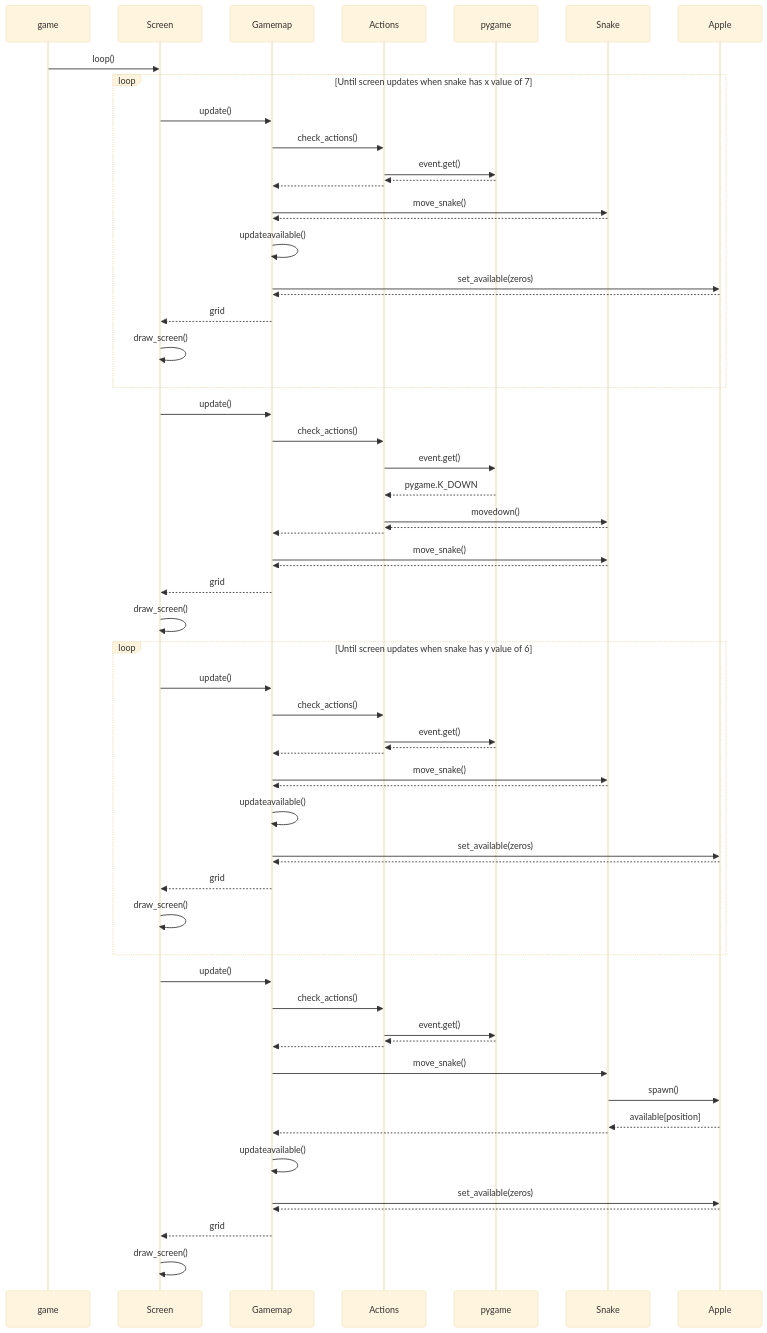
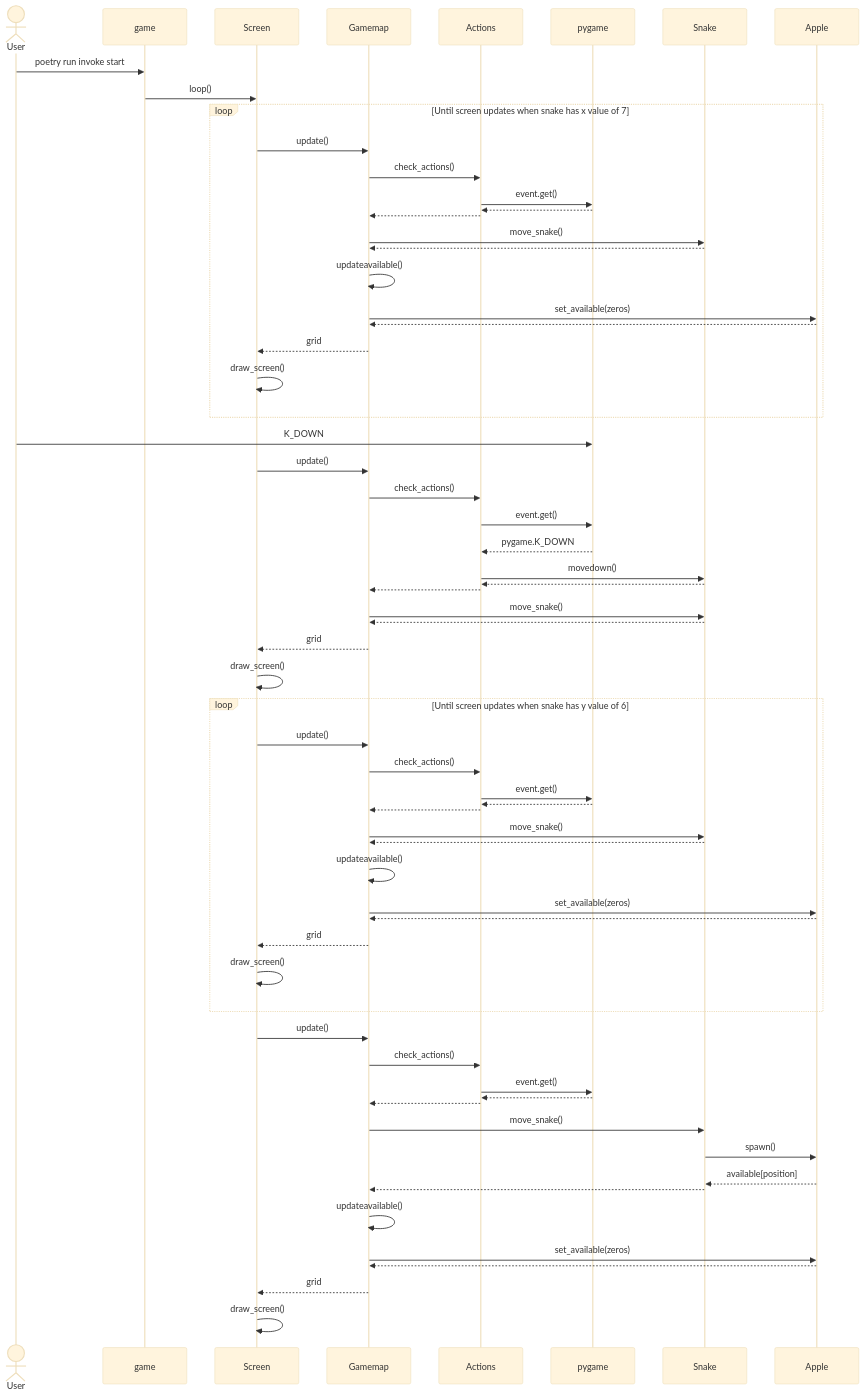
The second of 2 diagrams in dokumentaatio/arkkitehtuuri.md (ThomasGrundstrom/ot-harjoitustyo), drawn with Mermaid (base theme) before and after one commit.

Commit message:
sequence diagram added to arkkitehtuuri.md

````diff
--- a/dokumentaatio/arkkitehtuuri.md
+++ b/dokumentaatio/arkkitehtuuri.md
@@ -55,65 +55,68 @@
 ```mermaid
  sequenceDiagram
+	actor User
 	participant game
 	participant Screen
 	participant Gamemap
 	participant Actions
 	participant pygame
 	participant Snake
 	participant Apple
+	User->>game: poetry run invoke start
 	game->>Screen: loop()
 	loop Until screen updates when snake has x value of 7
 	Screen->>Gamemap: update()
 	Gamemap->>Actions: check_actions()
 	Actions->>pygame: event.get()
 	pygame-->>Actions: 
 	Actions-->>Gamemap: 
 	Gamemap->>Snake: move_snake()
 	Snake-->>Gamemap: 
 	Gamemap->>Gamemap: updateavailable()
 	Gamemap->>Apple: set_available(zeros)
 	Apple-->>Gamemap: 
 	Gamemap-->>Screen: grid
 	Screen->>Screen: draw_screen()
 	end
+	User->>pygame: K_DOWN
 	Screen->>Gamemap: update()
 	Gamemap->>Actions: check_actions()
 	Actions->>pygame: event.get()
 	pygame-->>Actions: pygame.K_DOWN
 	Actions->>Snake: movedown()
 	Snake-->>Actions: 
 	Actions-->>Gamemap: 
 	Gamemap->>Snake: move_snake()
 	Snake-->>Gamemap: 
 	Gamemap-->>Screen: grid
 	Screen->>Screen: draw_screen()
 	loop Until screen updates when snake has y value of 6
 	Screen->>Gamemap: update()
 	Gamemap->>Actions: check_actions()
 	Actions->>pygame: event.get()
 	pygame-->>Actions: 
 	Actions-->>Gamemap: 
 	Gamemap->>Snake: move_snake()
 	Snake-->>Gamemap: 
 	Gamemap->>Gamemap: updateavailable()
 	Gamemap->>Apple: set_available(zeros)
 	Apple-->>Gamemap: 
 	Gamemap-->>Screen: grid
 	Screen->>Screen: draw_screen()
 	end
 	Screen->>Gamemap: update()
 	Gamemap->>Actions: check_actions()
 	Actions->>pygame: event.get()
 	pygame-->>Actions: 
 	Actions-->>Gamemap: 
 	Gamemap->>Snake: move_snake()
 	Snake->>Apple: spawn()
 	Apple-->>Snake: available[position]
 	Snake-->>Gamemap: 
 	Gamemap->>Gamemap: updateavailable()
 	Gamemap->>Apple: set_available(zeros)
 	Apple-->>Gamemap: 
 	Gamemap-->>Screen: grid
 	Screen->>Screen: draw_screen()
 
 ```
````
